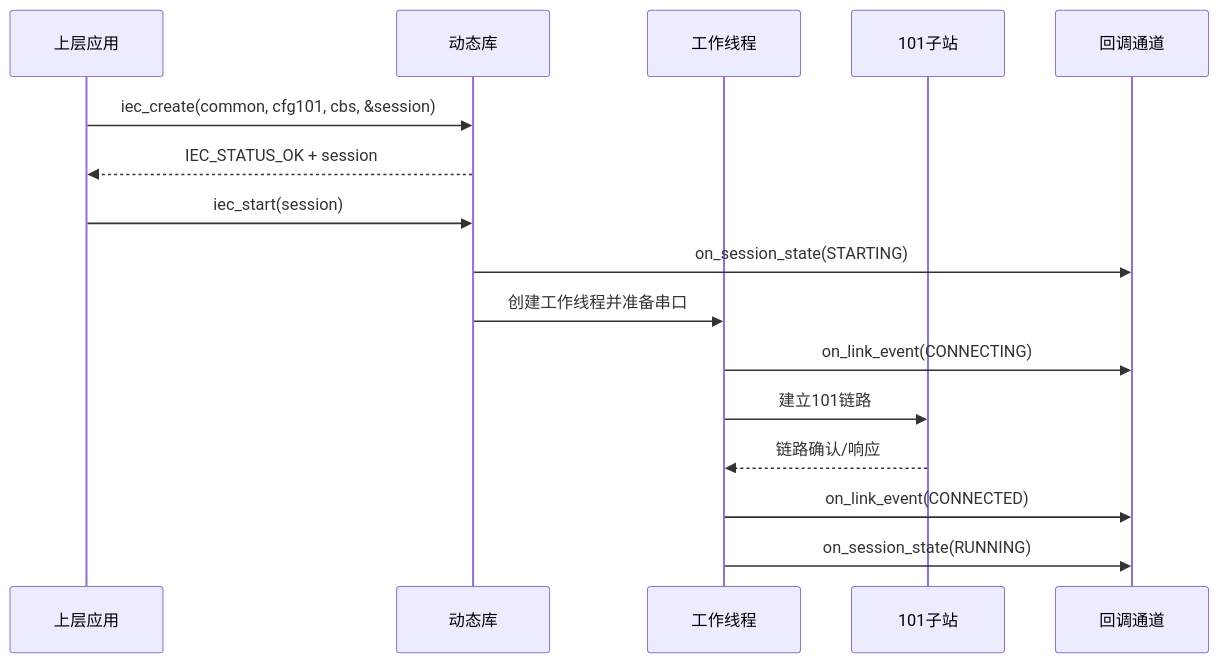
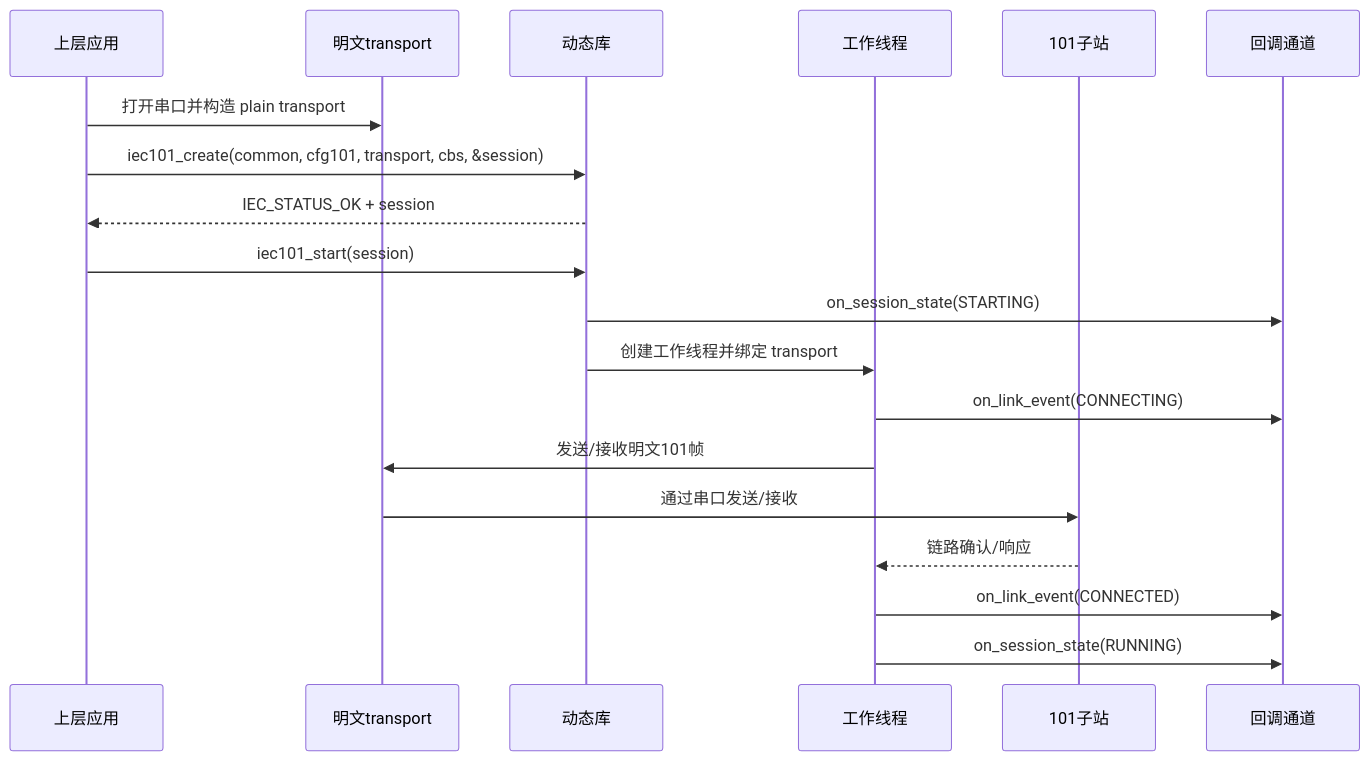
One commit to CcooLcyy/gw-protocol-sdk changed the first of 12 diagrams in doc/api/dtu_unified_maintenance_sdk_api_design.md. Above: the diagram before and after it, drawn with Mermaid. The commit also changed other lines of this file and 2 other files, not shown here.

````diff
--- a/doc/api/dtu_unified_maintenance_sdk_api_design.md
+++ b/doc/api/dtu_unified_maintenance_sdk_api_design.md
@@ -1573,19 +1363,22 @@
 ```mermaid
 sequenceDiagram
     participant 应用 as 上层应用
+    participant 传输 as 明文transport
     participant 库 as 动态库
     participant 线程 as 工作线程
     participant 子站 as 101子站
     participant 回调 as 回调通道
 
-    应用->>库: iec_create(common, cfg101, cbs, &session)
+    应用->>传输: 打开串口并构造 plain transport
+    应用->>库: iec101_create(common, cfg101, transport, cbs, &session)
     库-->>应用: IEC_STATUS_OK + session
-    应用->>库: iec_start(session)
+    应用->>库: iec101_start(session)
     库->>回调: on_session_state(STARTING)
-    库->>线程: 创建工作线程并准备串口
+    库->>线程: 创建工作线程并绑定 transport
     线程->>回调: on_link_event(CONNECTING)
-    线程->>子站: 建立101链路
+    线程->>传输: 发送/接收明文101帧
+    传输->>子站: 通过串口发送/接收
     子站-->>线程: 链路确认/响应
     线程->>回调: on_link_event(CONNECTED)
     线程->>回调: on_session_state(RUNNING)
 ```
````
